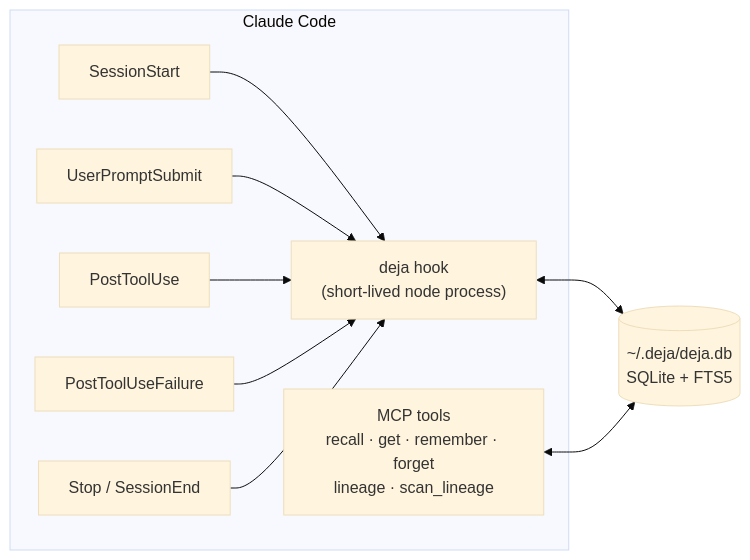
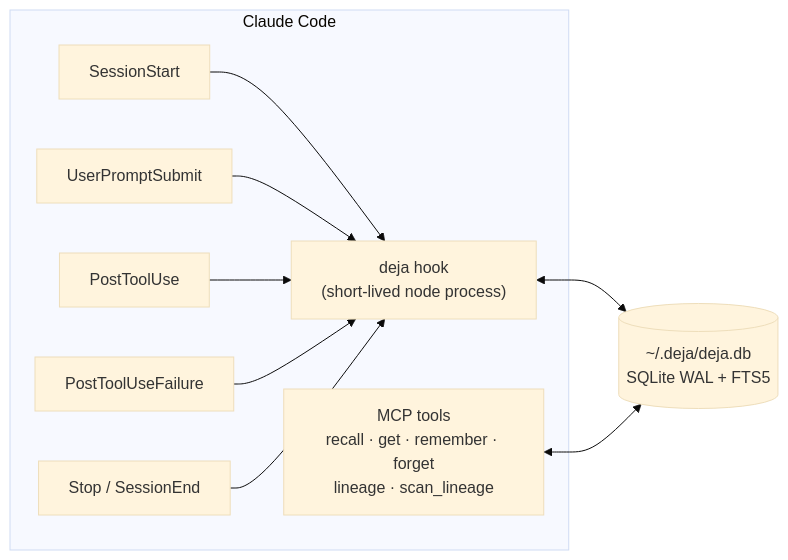
The diagram in README.md (sagarkonkanagaon-netizenk/deja), drawn with Mermaid (base theme) before and after one commit. The commit also changed other lines of this file and 24 other files, not shown here.

````diff
--- a/README.md
+++ b/README.md
@@ -78,13 +115,13 @@
 ```mermaid
 flowchart LR
   subgraph Claude Code
     A[SessionStart] --> H
     B[UserPromptSubmit] --> H
     C[PostToolUse] --> H
     D[PostToolUseFailure] --> H
     E[Stop / SessionEnd] --> H
     M[MCP tools<br>recall · get · remember · forget<br>lineage · scan_lineage]
   end
-  H["deja hook<br>(short-lived node process)"] <--> DB[("~/.deja/deja.db<br>SQLite + FTS5")]
+  H["deja hook<br>(short-lived node process)"] <--> DB[("~/.deja/deja.db<br>SQLite WAL + FTS5")]
   M <--> DB
 ```
````
